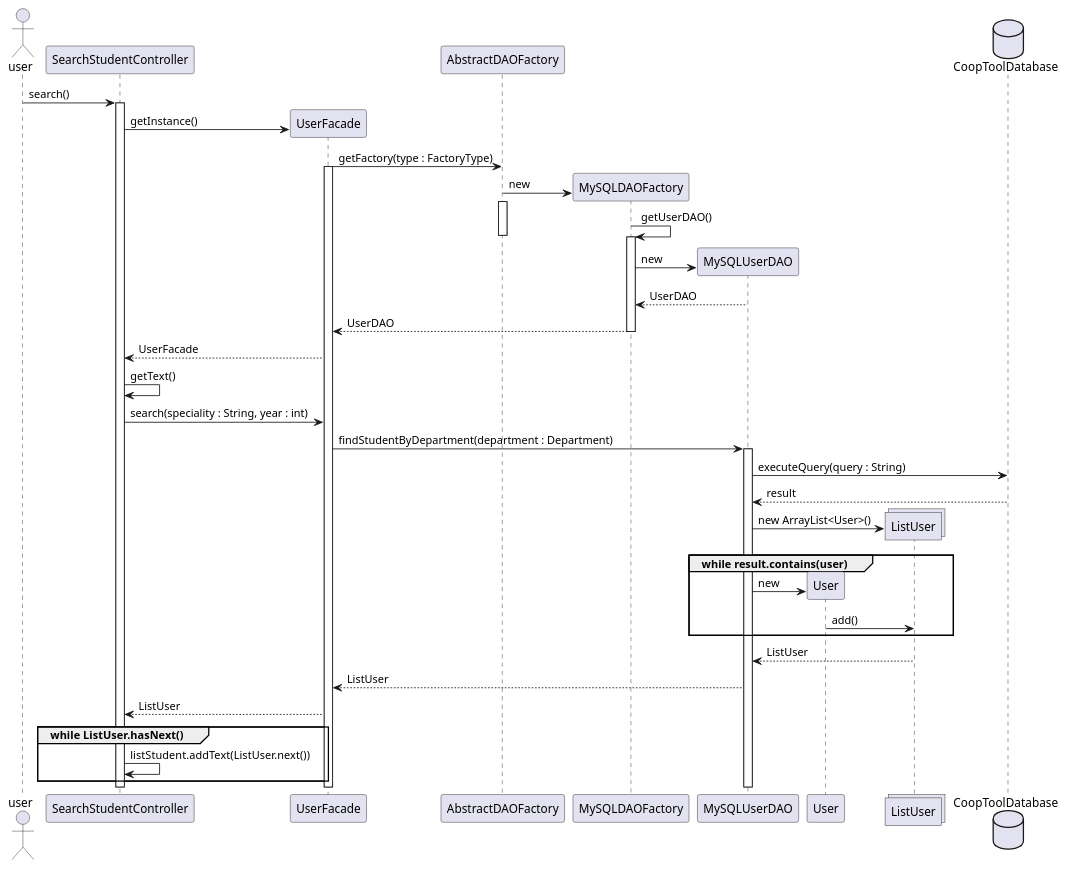
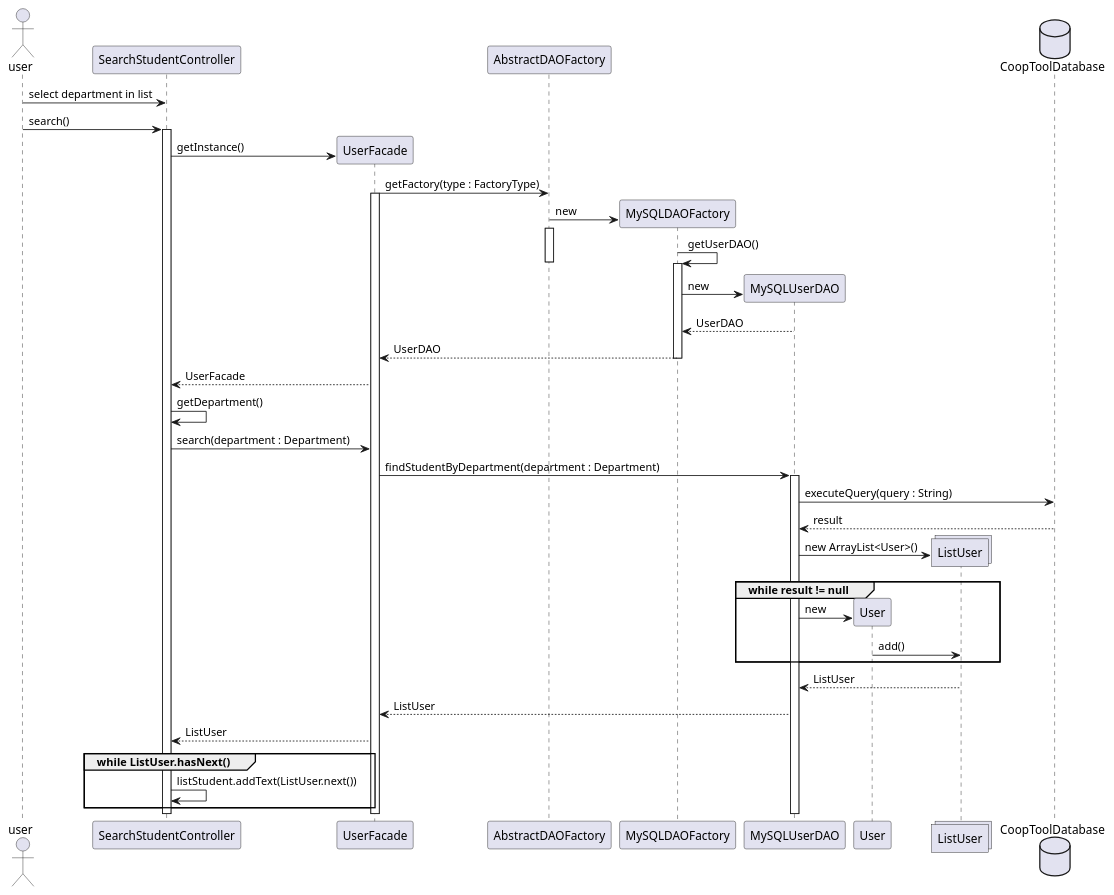
One commit to Guillaume-Dufour/coopToolProject changed the diagram in ext/sequenceDiag/departmentManagementDiagram.puml. Above: the diagram before and after it, drawn with PlantUML. The commit also changed 3 other files, not shown here.

```diff
--- a/ext/sequenceDiag/departmentManagementDiagram.puml
+++ b/ext/sequenceDiag/departmentManagementDiagram.puml
@@ -1,54 +1,55 @@
 @startuml
 actor user
 participant SearchStudentController
 participant UserFacade
 participant AbstractDAOFactory
 participant MySQLDAOFactory
 participant MySQLUserDAO
 participant User
 collections ListUser
 database CoopToolDatabase
 
+user -> SearchStudentController : select department in list
 user -> SearchStudentController : search()
 activate SearchStudentController
 create UserFacade
 SearchStudentController -> UserFacade  : getInstance()
 UserFacade -> AbstractDAOFactory : getFactory(type : FactoryType)
 activate UserFacade
 create MySQLDAOFactory
 AbstractDAOFactory -> MySQLDAOFactory : new
 activate AbstractDAOFactory
 MySQLDAOFactory -> MySQLDAOFactory : getUserDAO()
 deactivate AbstractDAOFactory
 create MySQLUserDAO
 activate MySQLDAOFactory
 MySQLDAOFactory -> MySQLUserDAO : new
 MySQLUserDAO --> MySQLDAOFactory : UserDAO
 MySQLDAOFactory --> UserFacade : UserDAO
 deactivate MySQLDAOFactory
 UserFacade --> SearchStudentController : UserFacade
-SearchStudentController -> SearchStudentController : getText()
+SearchStudentController -> SearchStudentController : getDepartment()
 
-SearchStudentController -> UserFacade : search(speciality : String, year : int)
+SearchStudentController -> UserFacade : search(department : Department)
 UserFacade -> MySQLUserDAO : findStudentByDepartment(department : Department)
 activate MySQLUserDAO
 MySQLUserDAO -> CoopToolDatabase : executeQuery(query : String)
 CoopToolDatabase --> MySQLUserDAO : result
 create ListUser
 MySQLUserDAO -> ListUser : new ArrayList<User>()
 create User
-group while result.contains(user)
+group while result != null
     MySQLUserDAO -> User : new
     User -> ListUser : add()
 end
 ListUser --> MySQLUserDAO : ListUser
 MySQLUserDAO --> UserFacade : ListUser
 UserFacade --> SearchStudentController : ListUser
 group while ListUser.hasNext()
     SearchStudentController -> SearchStudentController : listStudent.addText(ListUser.next())
 end
 deactivate SearchStudentController
 deactivate UserFacade
 deactivate MySQLUserDAO
 
 @enduml
```
